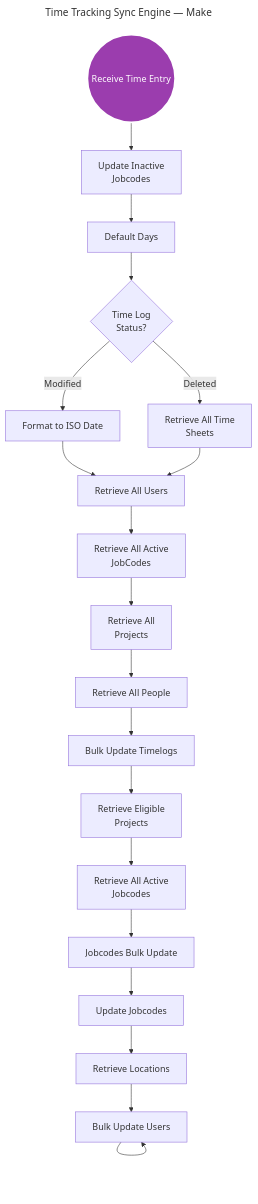
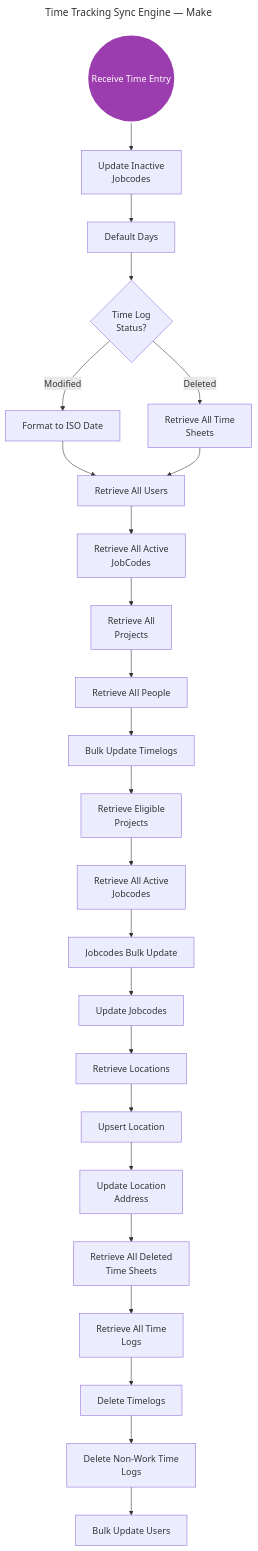
One commit to animaesuriens/home-service-os changed the diagram in linkedin-posts/_pipeline/mermaid/diagrams/time-tracking-make.mmd. Above: the diagram before and after it, drawn with Mermaid. The commit also changed 25 other files, not shown here.

First line of the commit message:
fix(15-05): extend legacy Mermaid generator to 676-node alphabet

```diff
--- a/linkedin-posts/_pipeline/mermaid/diagrams/time-tracking-make.mmd
+++ b/linkedin-posts/_pipeline/mermaid/diagrams/time-tracking-make.mmd
@@ -1,53 +1,53 @@
 ---
 title: Time Tracking Sync Engine — Make
 ---
 flowchart TD
     A(("Receive Time Entry")):::trigger
     B["Update Inactive\nJobcodes"]
     C["Default Days"]
     D{"Time Log\nStatus?"}
     E["Format to ISO Date"]
     F["Retrieve All Time\nSheets"]
     G["Retrieve All Users"]
     H["Retrieve All Active\nJobCodes"]
     I["Retrieve All\nProjects"]
     J["Retrieve All People"]
     K["Bulk Update Timelogs"]
     L["Retrieve Eligible\nProjects"]
     M["Retrieve All Active\nJobcodes"]
     N["Jobcodes Bulk Update"]
     O["Update Jobcodes"]
     P["Retrieve Locations"]
-    undefined["Upsert Location"]
-    undefined["Update Location\nAddress"]
-    undefined["Retrieve All Deleted\nTime Sheets"]
-    undefined["Retrieve All Time\nLogs"]
-    undefined["Delete Timelogs"]
-    undefined["Delete Non-Work Time\nLogs"]
-    undefined["Bulk Update Users"]
+    Q["Upsert Location"]
+    R["Update Location\nAddress"]
+    S["Retrieve All Deleted\nTime Sheets"]
+    T["Retrieve All Time\nLogs"]
+    U["Delete Timelogs"]
+    V["Delete Non-Work Time\nLogs"]
+    W["Bulk Update Users"]
 
     A --> B
     B --> C
     C --> D
     D -->|Modified| E
     D -->|Deleted| F
     E --> G
     F --> G
     G --> H
     H --> I
     I --> J
     J --> K
     K --> L
     L --> M
     M --> N
     N --> O
     O --> P
-    P --> undefined
-    undefined --> undefined
-    undefined --> undefined
-    undefined --> undefined
-    undefined --> undefined
-    undefined --> undefined
-    undefined --> undefined
+    P --> Q
+    Q --> R
+    R --> S
+    S --> T
+    T --> U
+    U --> V
+    V --> W
 
     classDef trigger fill:#9b3dae,stroke:#fff,stroke-width:3px,color:#fff
```
